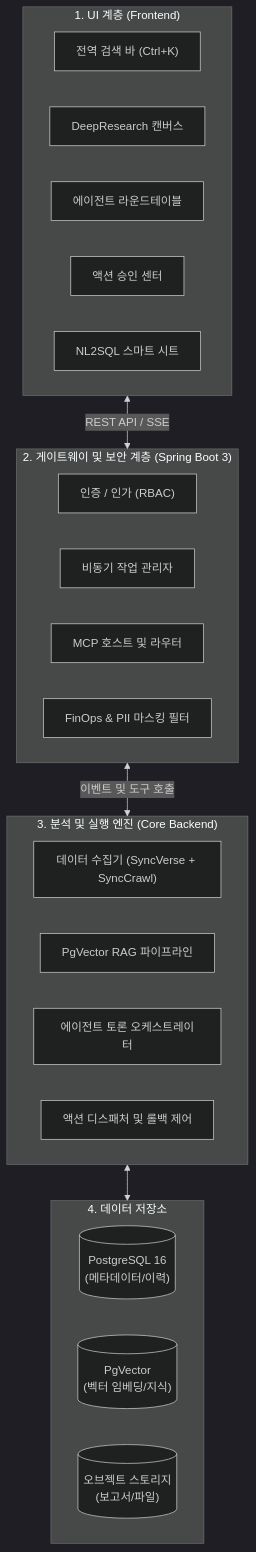
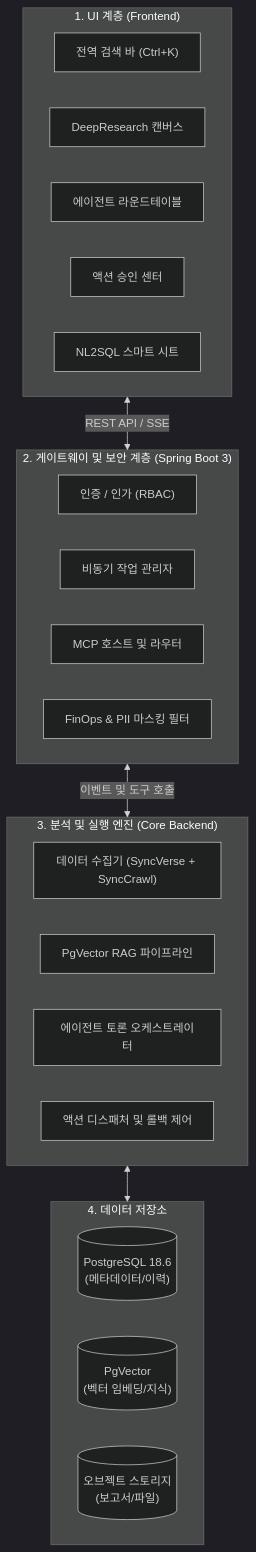
The second of 2 diagrams in ko/syncinsight/index.md (DramaticCollaboration/doc.github.io), drawn with Mermaid (dark theme) before and after one commit. The commit also changed other lines of this file and 437 other files, not shown here.

````diff
--- a/ko/syncinsight/index.md
+++ b/ko/syncinsight/index.md
@@ -73,34 +73,34 @@
 ```mermaid
 flowchart TB
     subgraph UI_Layer ["1. UI 계층 (Frontend)"]
         UI1["전역 검색 바 (Ctrl+K)"]
         UI2["DeepResearch 캔버스"]
         UI3["에이전트 라운드테이블"]
         UI4["액션 승인 센터"]
         UI5["NL2SQL 스마트 시트"]
     end
 
     subgraph Gateway_Layer ["2. 게이트웨이 및 보안 계층 (Spring Boot 3)"]
         GW1["인증 / 인가 (RBAC)"]
         GW2["비동기 작업 관리자"]
         GW3["MCP 호스트 및 라우터"]
         GW4["FinOps & PII 마스킹 필터"]
     end
 
     subgraph Core_Layer ["3. 분석 및 실행 엔진 (Core Backend)"]
         CE1["데이터 수집기 (SyncVerse + SyncCrawl)"]
         CE2["PgVector RAG 파이프라인"]
         CE3["에이전트 토론 오케스트레이터"]
         CE4["액션 디스패처 및 롤백 제어"]
     end
 
     subgraph DB_Layer ["4. 데이터 저장소"]
-        DB1[("PostgreSQL 16\n(메타데이터/이력)")]
+        DB1[("PostgreSQL 18.6\n(메타데이터/이력)")]
         DB2[("PgVector\n(벡터 임베딩/지식)")]
         DB3[("오브젝트 스토리지\n(보고서/파일)")]
     end
 
     UI_Layer <-->|REST API / SSE| Gateway_Layer
     Gateway_Layer <-->|이벤트 및 도구 호출| Core_Layer
     Core_Layer <--> DB_Layer
 ```
````
